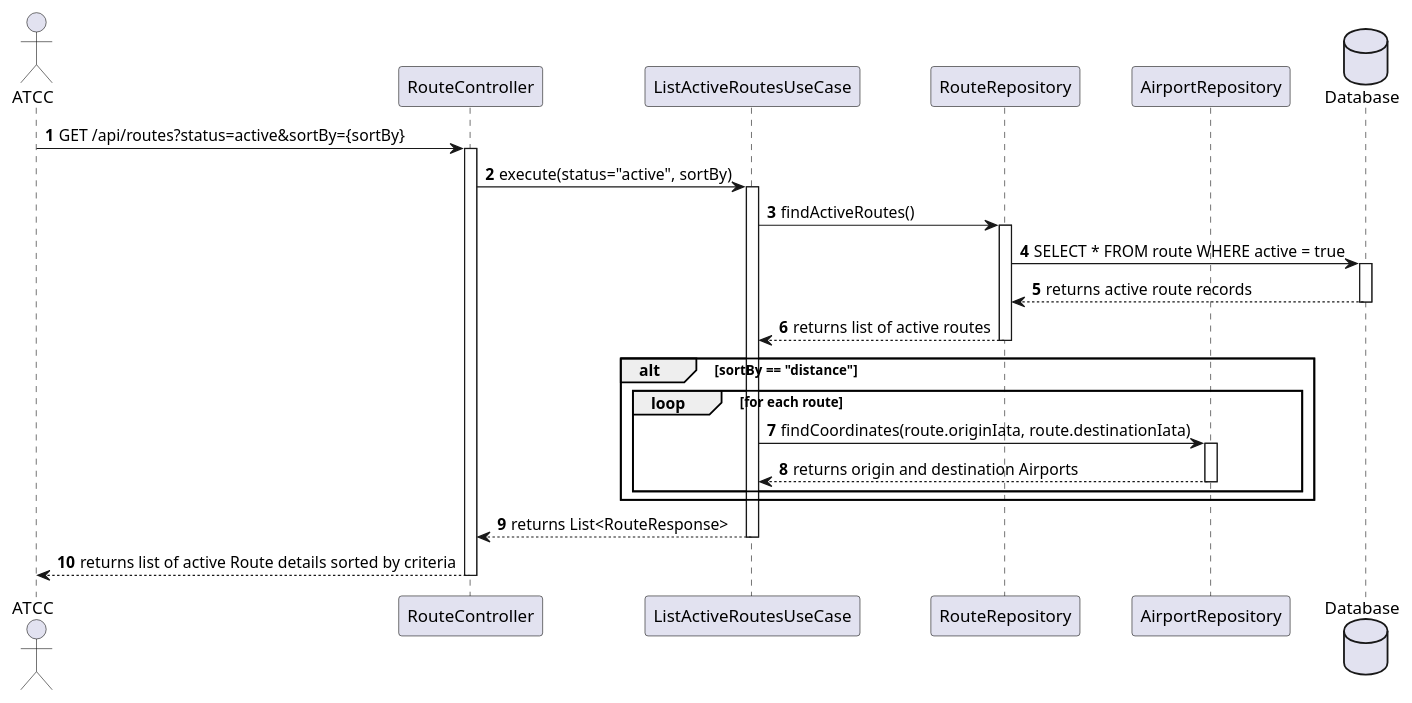
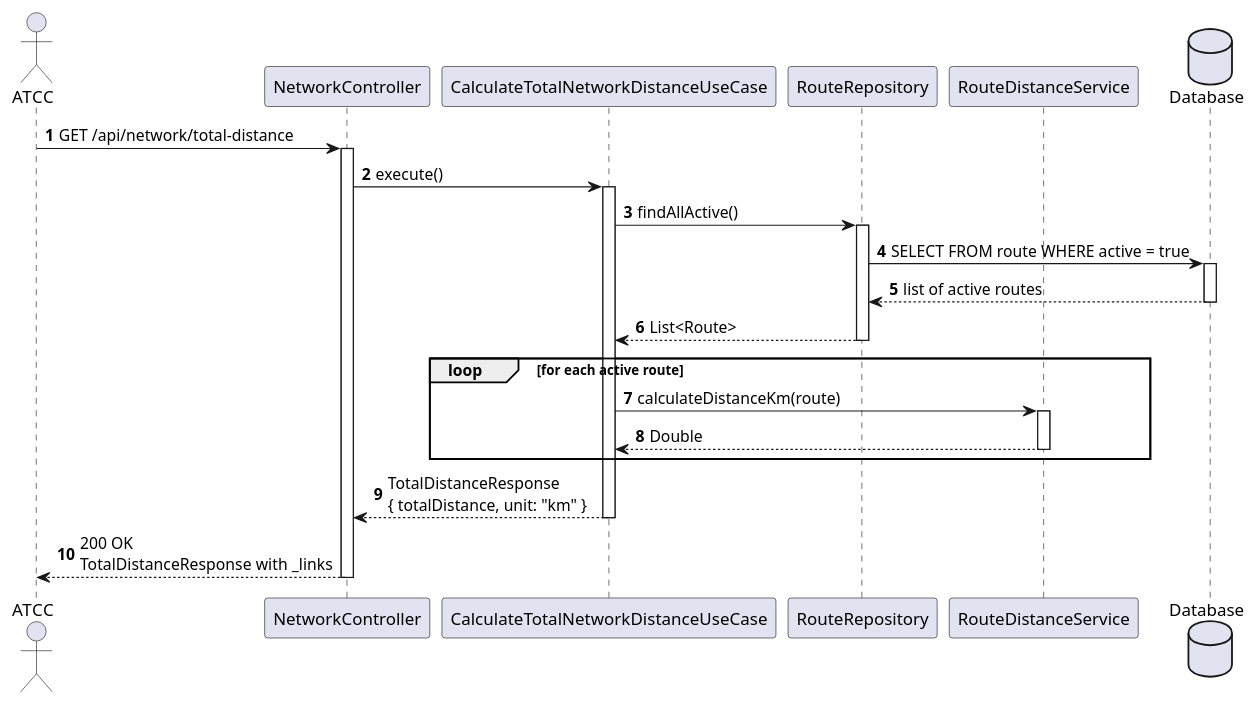
One commit to VascoMagolo/psoft_1231562_1241692_1242036_2db changed the diagram in docs/system-documentation/use-cases/WP3B/US215/puml/sd_us215.puml. Above: the diagram before and after it, drawn with PlantUML. The commit also changed 101 other files, not shown here.

First line of the commit message:
docs: update diagrams, READMEs, and global artifacts

```diff
--- a/docs/system-documentation/use-cases/WP3B/US215/puml/sd_us215.puml
+++ b/docs/system-documentation/use-cases/WP3B/US215/puml/sd_us215.puml
@@ -1,40 +1,37 @@
 @startuml
 autonumber
-actor "ATCC" as BO
-participant "RouteController" as Ctrl
-participant "ListActiveRoutesUseCase" as UC
+actor "ATCC" as Actor
+participant "NetworkController" as Ctrl
+participant "CalculateTotalNetworkDistanceUseCase" as UC
 participant "RouteRepository" as RouteRepo
-participant "AirportRepository" as AirportRepo
+participant "RouteDistanceService" as DistService
 database "Database" as DB
 
-BO -> Ctrl : GET /api/routes?status=active&sortBy={sortBy}
+Actor -> Ctrl : GET /api/network/total-distance
 activate Ctrl
 
-Ctrl -> UC : execute(status="active", sortBy)
+Ctrl -> UC : execute()
 activate UC
 
-UC -> RouteRepo : findActiveRoutes()
+UC -> RouteRepo : findAllActive()
 activate RouteRepo
-RouteRepo -> DB : SELECT * FROM route WHERE active = true
+RouteRepo -> DB : SELECT FROM route WHERE active = true
 activate DB
-DB --> RouteRepo : returns active route records
+DB --> RouteRepo : list of active routes
 deactivate DB
-RouteRepo --> UC : returns list of active routes
+RouteRepo --> UC : List<Route>
 deactivate RouteRepo
 
-alt sortBy == "distance"
-    loop for each route
-        UC -> AirportRepo : findCoordinates(route.originIata, route.destinationIata)
-        activate AirportRepo
-        AirportRepo --> UC : returns origin and destination Airports
-        deactivate AirportRepo
-    end
-
+loop for each active route
+  UC -> DistService : calculateDistanceKm(route)
+  activate DistService
+  DistService --> UC : Double
+  deactivate DistService
 end
 
-UC --> Ctrl : returns List<RouteResponse>
+UC --> Ctrl : TotalDistanceResponse\n{ totalDistance, unit: "km" }
 deactivate UC
 
-Ctrl --> BO : returns list of active Route details sorted by criteria
+Ctrl --> Actor : 200 OK\nTotalDistanceResponse with _links
 deactivate Ctrl
 @enduml
```
